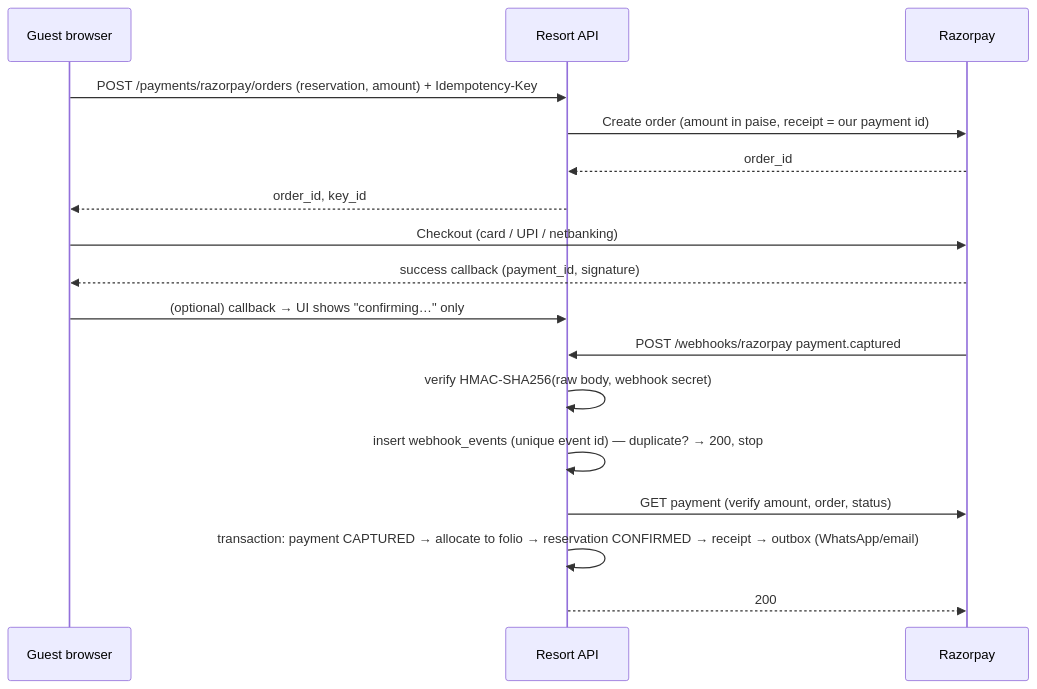
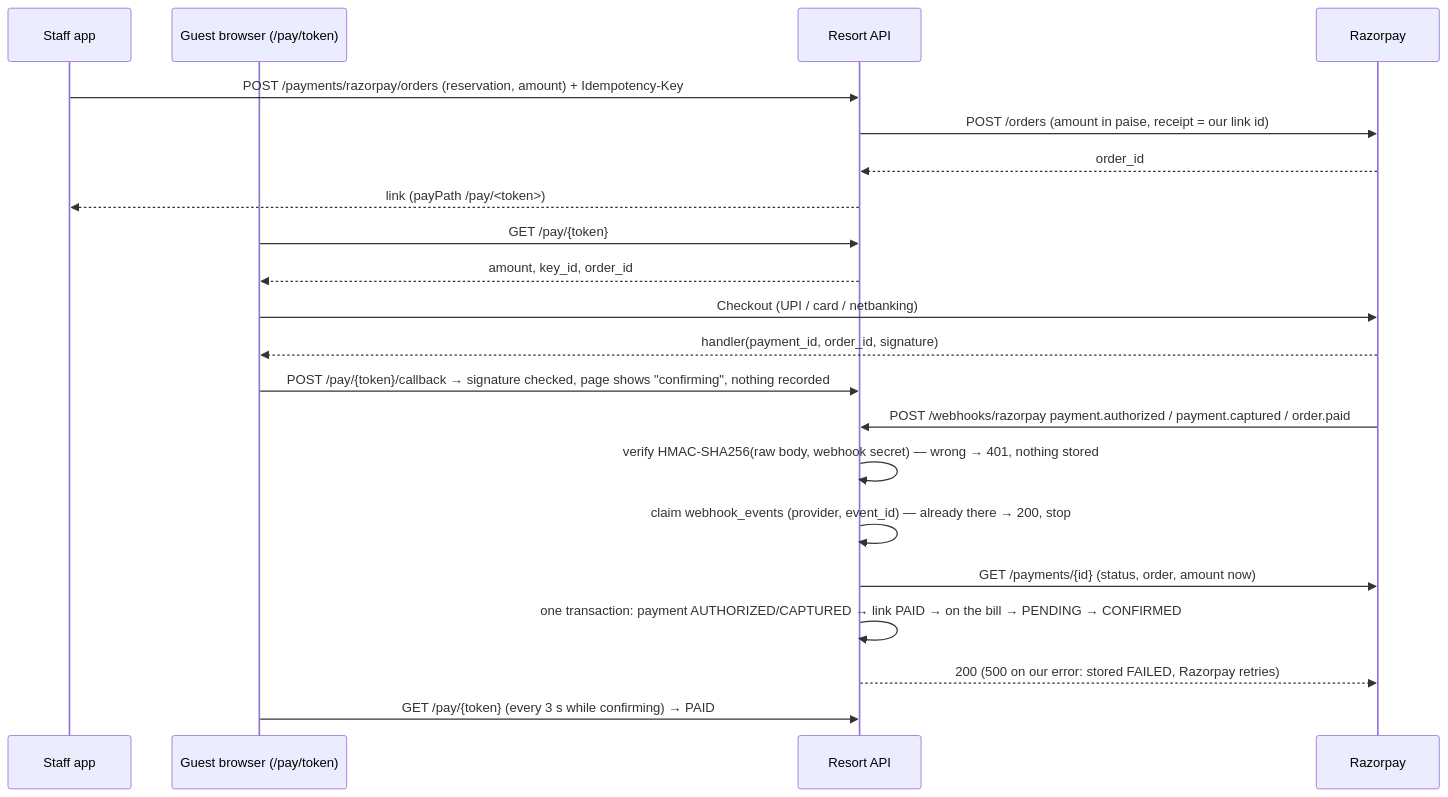
One commit to Prathamesh27702/resort-os changed the diagram in docs/RAZORPAY.md. Above: the diagram before and after it, drawn with Mermaid. The commit also changed other lines of this file and 37 other files, not shown here.

First line of the commit message:
Sprint 11: screens, browser tests, API and database checks, docs

````diff
--- a/docs/RAZORPAY.md
+++ b/docs/RAZORPAY.md
@@ -8,19 +21,23 @@
 ```mermaid
 sequenceDiagram
-  participant G as Guest browser
+  participant S as Staff app
+  participant G as Guest browser (/pay/token)
   participant API as Resort API
   participant RZ as Razorpay
-  G->>API: POST /payments/razorpay/orders (reservation, amount) + Idempotency-Key
-  API->>RZ: Create order (amount in paise, receipt = our payment id)
+  S->>API: POST /payments/razorpay/orders (reservation, amount) + Idempotency-Key
+  API->>RZ: POST /orders (amount in paise, receipt = our link id)
   RZ-->>API: order_id
-  API-->>G: order_id, key_id
-  G->>RZ: Checkout (card / UPI / netbanking)
-  RZ-->>G: success callback (payment_id, signature)
-  G->>API: (optional) callback → UI shows "confirming…" only
-  RZ->>API: POST /webhooks/razorpay  payment.captured
-  API->>API: verify HMAC-SHA256(raw body, webhook secret)
-  API->>API: insert webhook_events (unique event id) — duplicate? → 200, stop
-  API->>RZ: GET payment (verify amount, order, status)
-  API->>API: transaction: payment CAPTURED → allocate to folio → reservation CONFIRMED → receipt → outbox (WhatsApp/email)
-  API-->>RZ: 200
+  API-->>S: link (payPath /pay/<token>)
+  G->>API: GET /pay/{token}
+  API-->>G: amount, key_id, order_id
+  G->>RZ: Checkout (UPI / card / netbanking)
+  RZ-->>G: handler(payment_id, order_id, signature)
+  G->>API: POST /pay/{token}/callback → signature checked, page shows "confirming", nothing recorded
+  RZ->>API: POST /webhooks/razorpay  payment.authorized / payment.captured / order.paid
+  API->>API: verify HMAC-SHA256(raw body, webhook secret) — wrong → 401, nothing stored
+  API->>API: claim webhook_events (provider, event_id) — already there → 200, stop
+  API->>RZ: GET /payments/{id} (status, order, amount now)
+  API->>API: one transaction: payment AUTHORIZED/CAPTURED → link PAID → on the bill → PENDING → CONFIRMED
+  API-->>RZ: 200 (500 on our error: stored FAILED, Razorpay retries)
+  G->>API: GET /pay/{token} (every 3 s while confirming) → PAID
 ```
````
